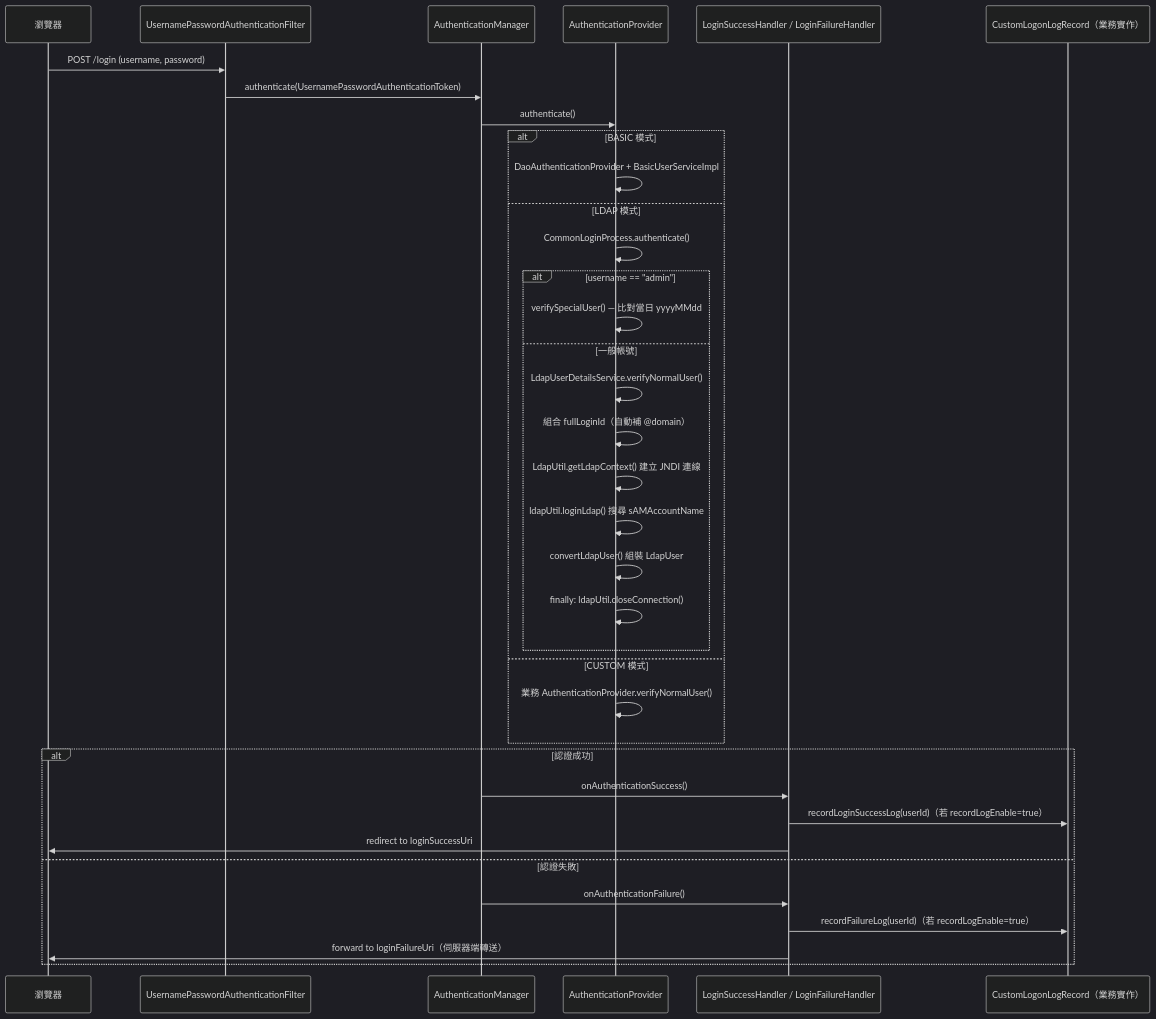
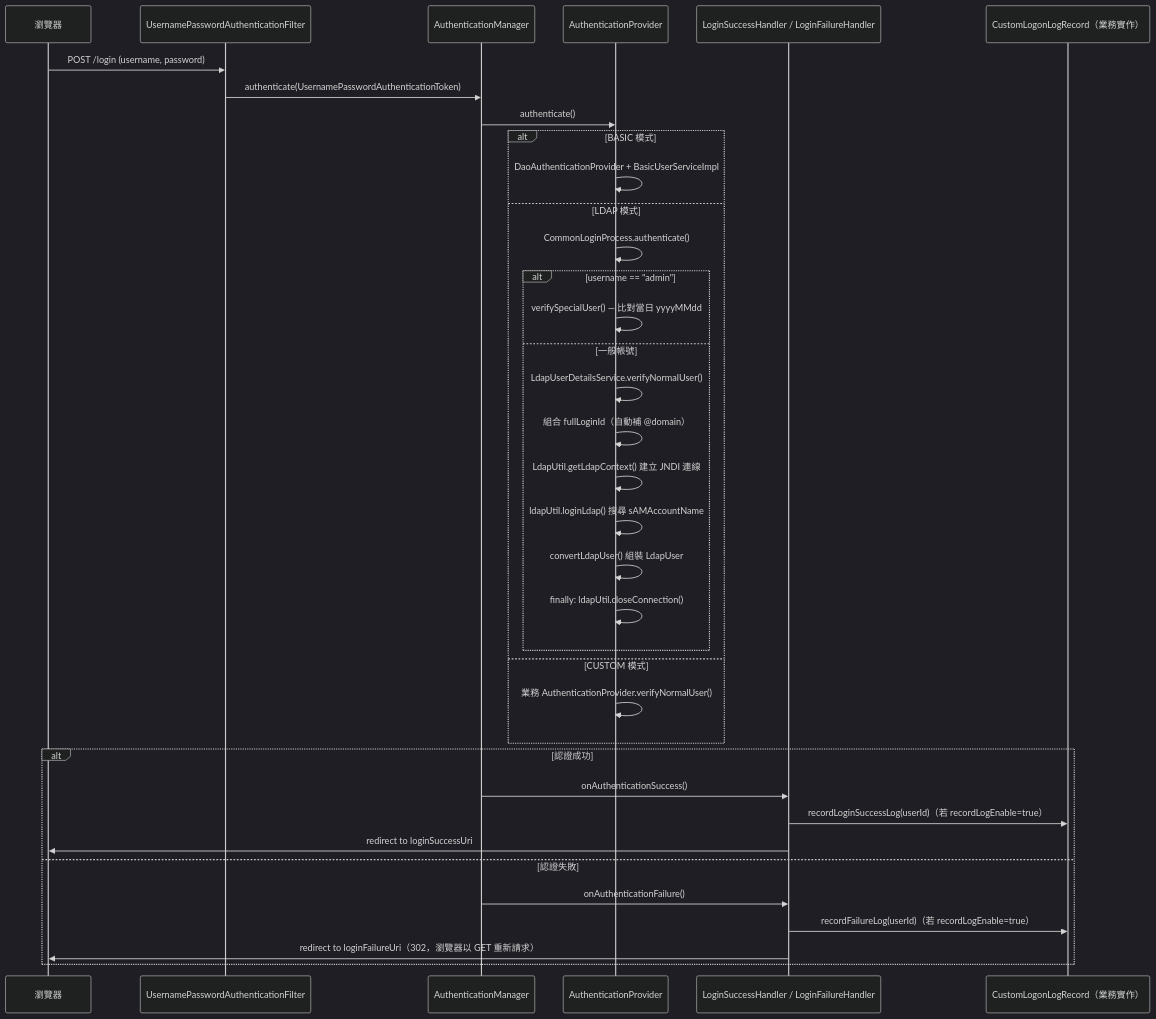
Before and after one commit to a09090443/zipe-spring-boot-starters: the diagram in doc-site/docs/logon-starter/architecture.md, drawn with Mermaid (dark theme). The commit also changed other lines of this file and 6 other files, not shown here.

First line of the commit message:
修復(logon-starter): 放行 FORWARD/ERROR 派發並將登入失敗改為 redirect

````diff
--- a/doc-site/docs/logon-starter/architecture.md
+++ b/doc-site/docs/logon-starter/architecture.md
@@ -300,41 +300,41 @@
 ```mermaid
 sequenceDiagram
     participant B as 瀏覽器
     participant F as UsernamePasswordAuthenticationFilter
     participant AM as AuthenticationManager
     participant AP as AuthenticationProvider
     participant SH as LoginSuccessHandler / LoginFailureHandler
     participant LR as CustomLogonLogRecord（業務實作）
 
     B->>F: POST /login (username, password)
     F->>AM: authenticate(UsernamePasswordAuthenticationToken)
     AM->>AP: authenticate()
 
     alt BASIC 模式
         AP->>AP: DaoAuthenticationProvider + BasicUserServiceImpl
     else LDAP 模式
         AP->>AP: CommonLoginProcess.authenticate()
         alt username == "admin"
             AP->>AP: verifySpecialUser() — 比對當日 yyyyMMdd
         else 一般帳號
             AP->>AP: LdapUserDetailsService.verifyNormalUser()
             AP->>AP: 組合 fullLoginId（自動補 @domain）
             AP->>AP: LdapUtil.getLdapContext() 建立 JNDI 連線
             AP->>AP: ldapUtil.loginLdap() 搜尋 sAMAccountName
             AP->>AP: convertLdapUser() 組裝 LdapUser
             AP->>AP: finally: ldapUtil.closeConnection()
         end
     else CUSTOM 模式
         AP->>AP: 業務 AuthenticationProvider.verifyNormalUser()
     end
 
     alt 認證成功
         AM->>SH: onAuthenticationSuccess()
         SH->>LR: recordLoginSuccessLog(userId)（若 recordLogEnable=true）
         SH->>B: redirect to loginSuccessUri
     else 認證失敗
         AM->>SH: onAuthenticationFailure()
         SH->>LR: recordFailureLog(userId)（若 recordLogEnable=true）
-        SH->>B: forward to loginFailureUri（伺服器端轉送）
+        SH->>B: redirect to loginFailureUri（302，瀏覽器以 GET 重新請求）
     end
 ```
````
